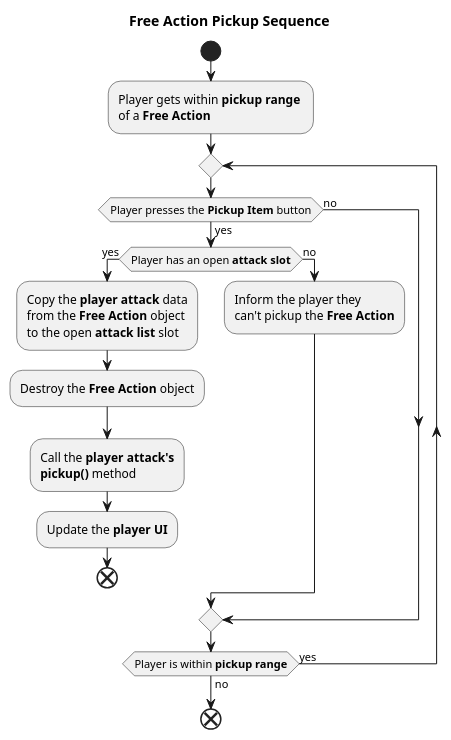
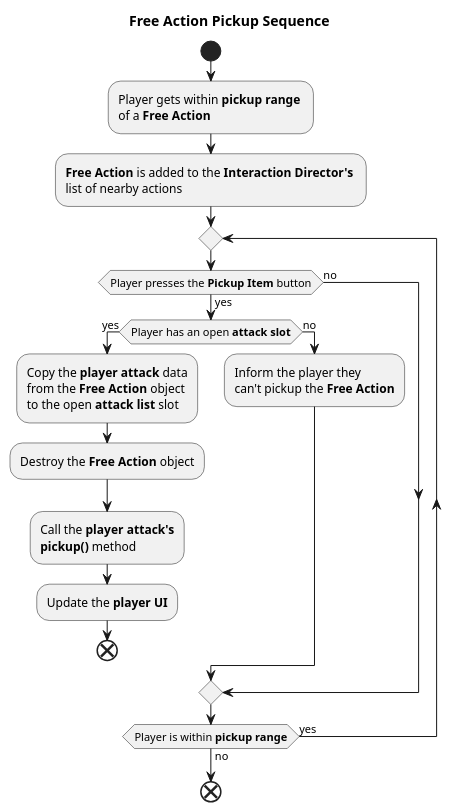
One commit to kjtkanaly/Roguelike-Shoot-Em-Up changed the diagram in UML-Diagrams/src/Free_Action_Pickup_Sequence.puml. Above: the diagram before and after it, drawn with PlantUML. The commit also changed 3 other files, not shown here.

```diff
--- a/UML-Diagrams/src/Free_Action_Pickup_Sequence.puml
+++ b/UML-Diagrams/src/Free_Action_Pickup_Sequence.puml
@@ -1,42 +1,44 @@
 @startuml Free_Action_Pickup_Sequence
 title Free Action Pickup Sequence
 
 start
 
 :Player gets within **pickup range** \nof a **Free Action**;
+
+:**Free Action** is added to the **Interaction Director's** \nlist of nearby actions;
 
 repeat
 
     if (Player presses the **Pickup Item** button) then (yes)
 
         if (Player has an open **attack slot**) then (yes)
 
             :Copy the **player attack** data
             from the **Free Action** object
             to the open **attack list** slot;
 
             :Destroy the **Free Action** object;
 
             :Call the **player attack's**
             **pickup()** method;
 
             :Update the **player UI**;
 
             end
 
         else (no)
 
             :Inform the player they 
             can't pickup the **Free Action**;
 
         endif
 
     else (no)
 
     endif
 
 repeat while(Player is within **pickup range**) is (yes) not (no)
 
 end
 
 @enduml
```
